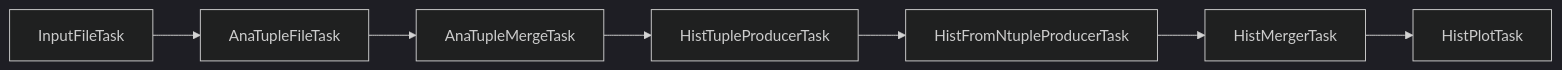
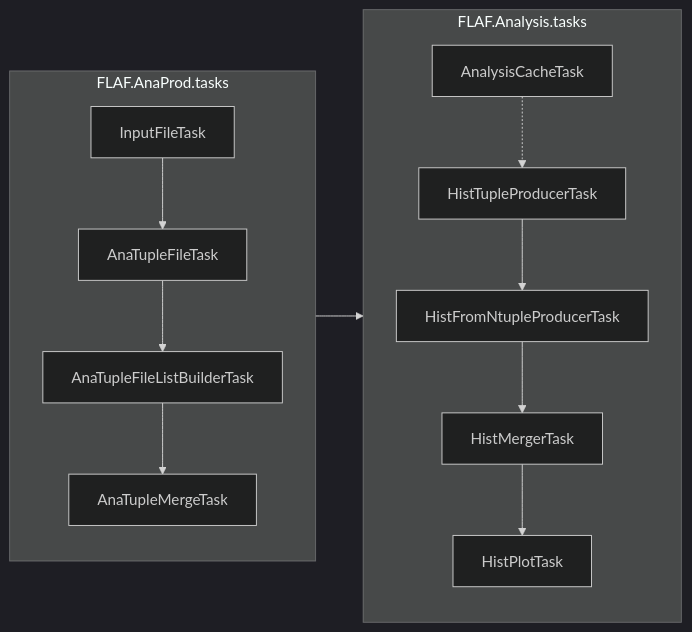
The diagram in docs/concepts/tasks-and-law.md (cms-flaf/FLAF), drawn with Mermaid (dark theme) before and after one commit. The commit also changed other lines of this file and 29 other files, not shown here.

Commit message:
Fix the C++ formatting check and bring the docs in line with the code, with legible and new mermaid diagrams (#327)

````diff
--- a/docs/concepts/tasks-and-law.md
+++ b/docs/concepts/tasks-and-law.md
@@ -33,6 +35,17 @@
 ```mermaid
 flowchart LR
-    IFT[InputFileTask] --> ATF[AnaTupleFileTask] --> ATM[AnaTupleMergeTask]
-    ATM --> HTP[HistTupleProducerTask] --> HFN[HistFromNtupleProducerTask]
-    HFN --> HM[HistMergerTask] --> HP[HistPlotTask]
+    subgraph prod ["FLAF.AnaProd.tasks"]
+        direction TB
+        IFT[InputFileTask] --> ATF[AnaTupleFileTask]
+        ATF --> ATB[AnaTupleFileListBuilderTask]
+        ATB --> ATM[AnaTupleMergeTask]
+    end
+    subgraph ana ["FLAF.Analysis.tasks"]
+        direction TB
+        ACT[AnalysisCacheTask] -.-> HTP[HistTupleProducerTask]
+        HTP --> HFN[HistFromNtupleProducerTask]
+        HFN --> HM[HistMergerTask]
+        HM --> HP[HistPlotTask]
+    end
+    prod --> ana
 ```
````
